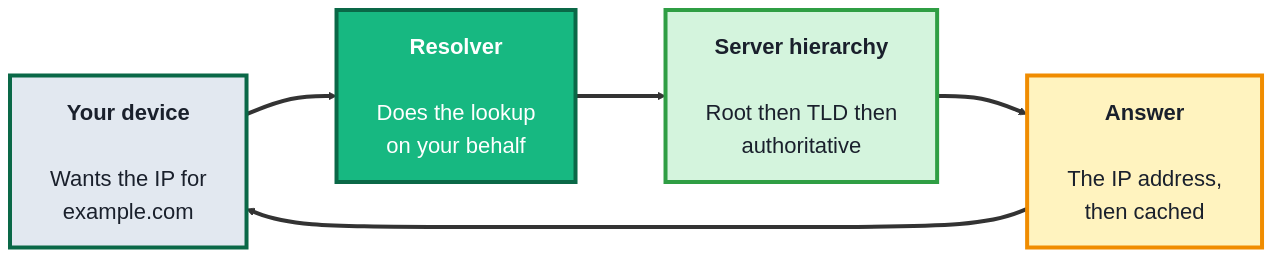
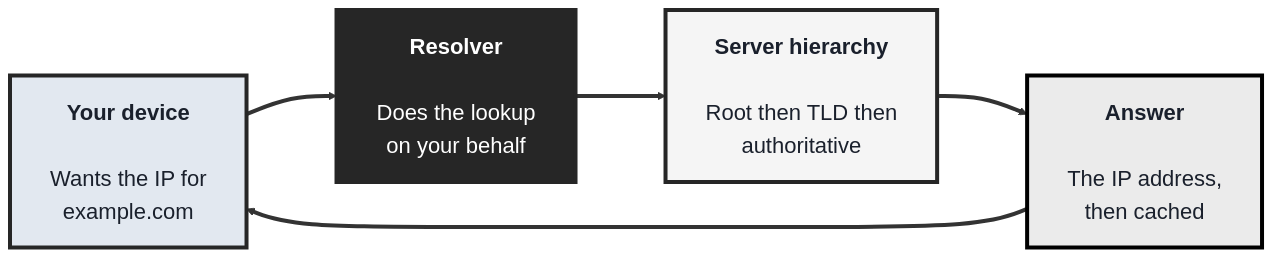
Before and after one commit to SHEMODELTECH/shemodeltech: the second of 4 diagrams in src/Pages/courses/TechGuard/module-1-networking.md, drawn with Mermaid. The commit also changed other lines of this file and 46 other files, not shown here.

````diff
--- a/src/Pages/courses/TechGuard/module-1-networking.md
+++ b/src/Pages/courses/TechGuard/module-1-networking.md
@@ -96,17 +96,17 @@
 ```mermaid
-%%{init: {'theme':'base', 'themeVariables': {'fontSize':'22px', 'primaryTextColor':'#1a202c', 'primaryBorderColor':'#0a6847', 'lineColor':'#333333'}, 'flowchart': {'nodeSpacing': 70, 'rankSpacing': 90, 'padding': 20}}}%%
+%%{init: {'theme':'base', 'themeVariables': {'fontSize':'22px', 'primaryTextColor':'#1a202c', 'primaryBorderColor':'#262626', 'lineColor':'#333333'}, 'flowchart': {'nodeSpacing': 70, 'rankSpacing': 90, 'padding': 20}}}%%
 flowchart LR
     C["<b>Your device</b><br/><br/>Wants the IP for<br/>example.com"]
     R["<b>Resolver</b><br/><br/>Does the lookup<br/>on your behalf"]
     H["<b>Server hierarchy</b><br/><br/>Root then TLD then<br/>authoritative"]
     A["<b>Answer</b><br/><br/>The IP address,<br/>then cached"]
 
     C ==> R ==> H
     H ==> A ==> C
 
-    style C fill:#e2e8f0,color:#1a202c,stroke:#0a6847,stroke-width:4px
-    style R fill:#17b881,color:#fff,stroke:#0a6847,stroke-width:4px
-    style H fill:#d4f4dd,color:#1a202c,stroke:#2f9e44,stroke-width:4px
-    style A fill:#fff3bf,color:#1a202c,stroke:#f08c00,stroke-width:4px
+    style C fill:#e2e8f0,color:#1a202c,stroke:#262626,stroke-width:4px
+    style R fill:#262626,color:#fff,stroke:#262626,stroke-width:4px
+    style H fill:#F5F5F5,color:#1a202c,stroke:#262626,stroke-width:4px
+    style A fill:#EBEBEB,color:#1a202c,stroke:#000000,stroke-width:4px
     linkStyle default stroke-width:4px,stroke:#333333
 ```
````
